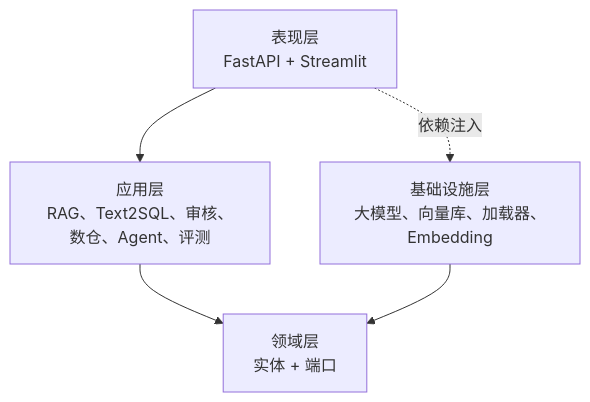
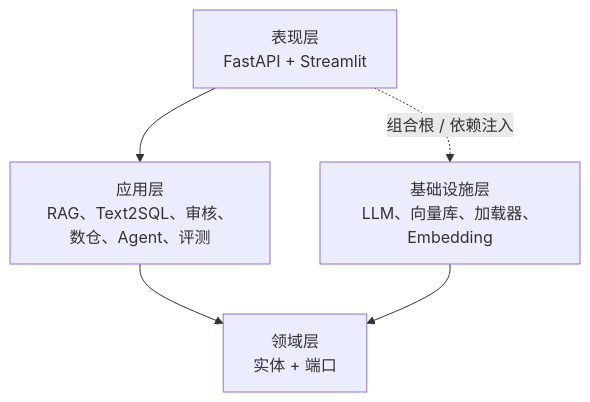
Before and after one commit to plutoczm/DataCopilot: the first of 7 diagrams in docs/ARCHITECTURE.md, drawn with Mermaid. The commit also changed other lines of this file, not shown here.

Commit message:
docs: align architecture with ai application refactor

````diff
--- a/docs/ARCHITECTURE.md
+++ b/docs/ARCHITECTURE.md
@@ -7,12 +7,12 @@
 ```mermaid
 flowchart TB
     Presentation[表现层<br/>FastAPI + Streamlit]
     Application[应用层<br/>RAG、Text2SQL、审核、数仓、Agent、评测]
     Domain[领域层<br/>实体 + 端口]
-    Infrastructure[基础设施层<br/>大模型、向量库、加载器、Embedding]
+    Infrastructure[基础设施层<br/>LLM、向量库、加载器、Embedding]
 
     Presentation --> Application
     Application --> Domain
     Infrastructure --> Domain
-    Presentation -. 依赖注入 .-> Infrastructure
+    Presentation -. 组合根 / 依赖注入 .-> Infrastructure
 ```
````
